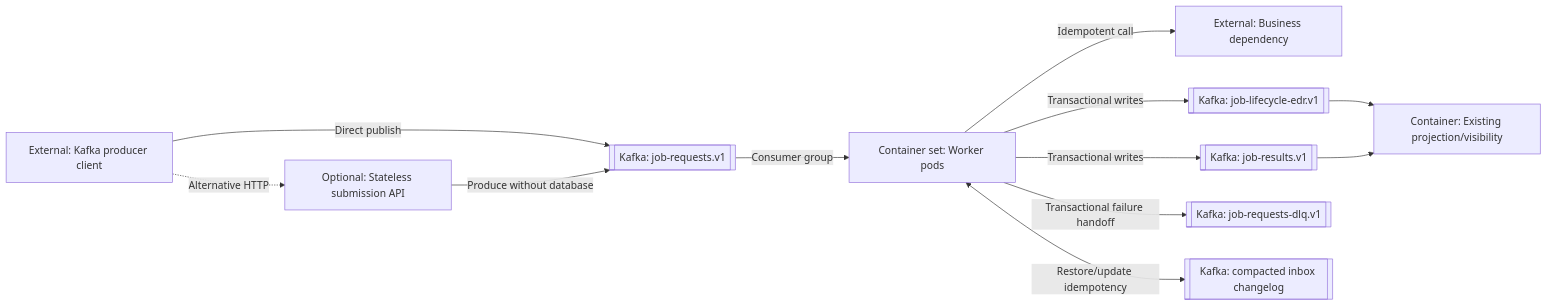
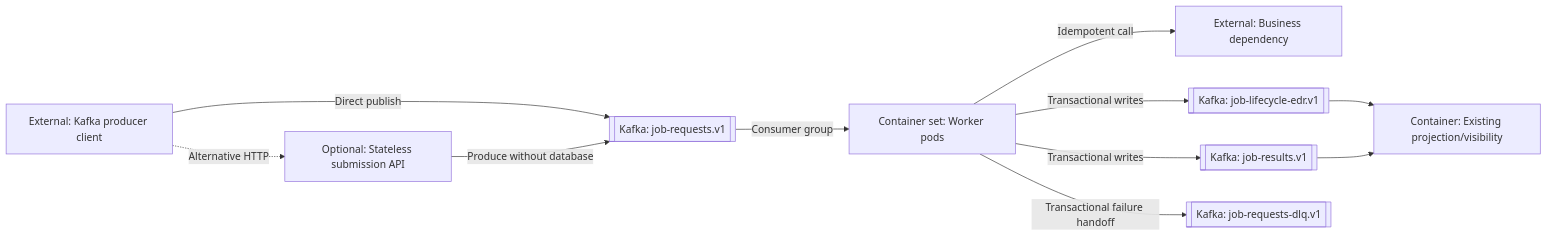
The second of 7 diagrams in specs/006-kafka-pull-job-scheduler/arc42.md (spakai/job_scheduling_simulation), drawn with Mermaid before and after one commit. The commit also changed other lines of this file and 2 other files, not shown here.

````diff
--- a/specs/006-kafka-pull-job-scheduler/arc42.md
+++ b/specs/006-kafka-pull-job-scheduler/arc42.md
@@ -158,25 +156,23 @@
 ```mermaid
 flowchart LR
     client["External: Kafka producer client"]
     submit["Optional: Stateless submission API"]
     work[["Kafka: job-requests.v1"]]
     workers["Container set: Worker pods"]
     target["External: Business dependency"]
     results[["Kafka: job-results.v1"]]
     lifecycle[["Kafka: job-lifecycle-edr.v1"]]
     dlq[["Kafka: job-requests-dlq.v1"]]
-    state[["Kafka: compacted inbox changelog"]]
     visibility["Container: Existing projection/visibility"]
 
     client -->|"Direct publish"| work
     client -.->|"Alternative HTTP"| submit
     submit -->|"Produce without database"| work
     work -->|"Consumer group"| workers
     workers -->|"Idempotent call"| target
     workers -->|"Transactional writes"| results
     workers -->|"Transactional writes"| lifecycle
     workers -->|"Transactional failure handoff"| dlq
-    workers <-->|"Restore/update idempotency"| state
     lifecycle --> visibility
     results --> visibility
 ```
````
